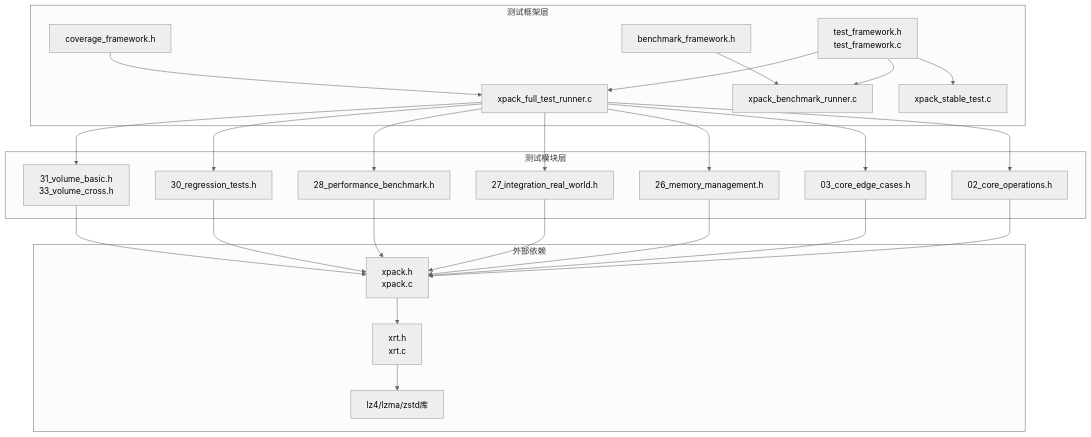
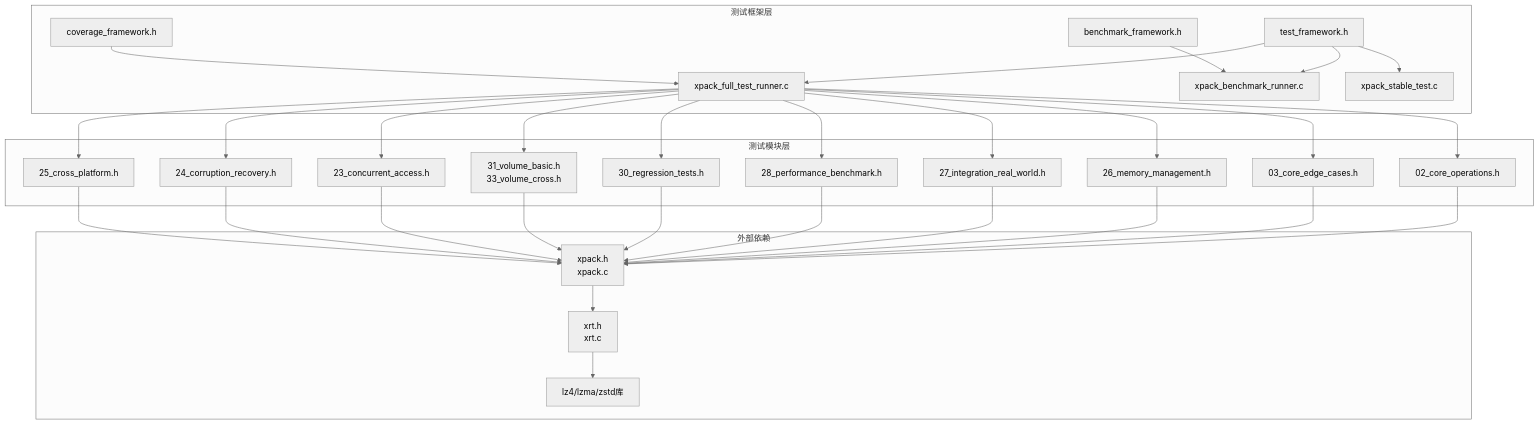
The fourth of 4 diagrams in .qoder/repowiki/zh/content/开发者指南/测试框架.md (xywhsoft/xpack), drawn with Mermaid (neutral theme) before and after one commit. The commit also changed other lines of this file and 6 other files, not shown here.

````diff
--- a/.qoder/repowiki/zh/content/开发者指南/测试框架.md
+++ b/.qoder/repowiki/zh/content/开发者指南/测试框架.md
@@ -372,46 +438,55 @@
 ```mermaid
 graph TB
 subgraph "测试框架层"
-Framework["test_framework.h<br/>test_framework.c"]
+Framework["test_framework.h"]
 Coverage["coverage_framework.h"]
 Benchmark["benchmark_framework.h"]
 FullRunner["xpack_full_test_runner.c"]
 BenchRunner["xpack_benchmark_runner.c"]
 StableRunner["xpack_stable_test.c"]
 end
 subgraph "测试模块层"
 CoreOps["02_core_operations.h"]
 CoreEdge["03_core_edge_cases.h"]
 MemMgmt["26_memory_management.h"]
 Integration["27_integration_real_world.h"]
 PerfBenchmark["28_performance_benchmark.h"]
 Regression["30_regression_tests.h"]
 Volume["31_volume_basic.h<br/>33_volume_cross.h"]
+Concurrent["23_concurrent_access.h"]
+Recovery["24_corruption_recovery.h"]
+CrossPlatform["25_cross_platform.h"]
 end
 subgraph "外部依赖"
 XPack["xpack.h<br/>xpack.c"]
 XRT["xrt.h<br/>xrt.c"]
 Libs["lz4/lzma/zstd库"]
 end
 Framework --> FullRunner
 Framework --> BenchRunner
 Framework --> StableRunner
 Coverage --> FullRunner
 Benchmark --> BenchRunner
 FullRunner --> CoreOps
 FullRunner --> CoreEdge
 FullRunner --> MemMgmt
 FullRunner --> Integration
 FullRunner --> PerfBenchmark
 FullRunner --> Regression
 FullRunner --> Volume
+FullRunner --> Concurrent
+FullRunner --> Recovery
+FullRunner --> CrossPlatform
 CoreOps --> XPack
 CoreEdge --> XPack
 MemMgmt --> XPack
 Integration --> XPack
 PerfBenchmark --> XPack
 Regression --> XPack
 Volume --> XPack
+Concurrent --> XPack
+Recovery --> XPack
+CrossPlatform --> XPack
 XPack --> XRT
 XRT --> Libs
 ```
````
